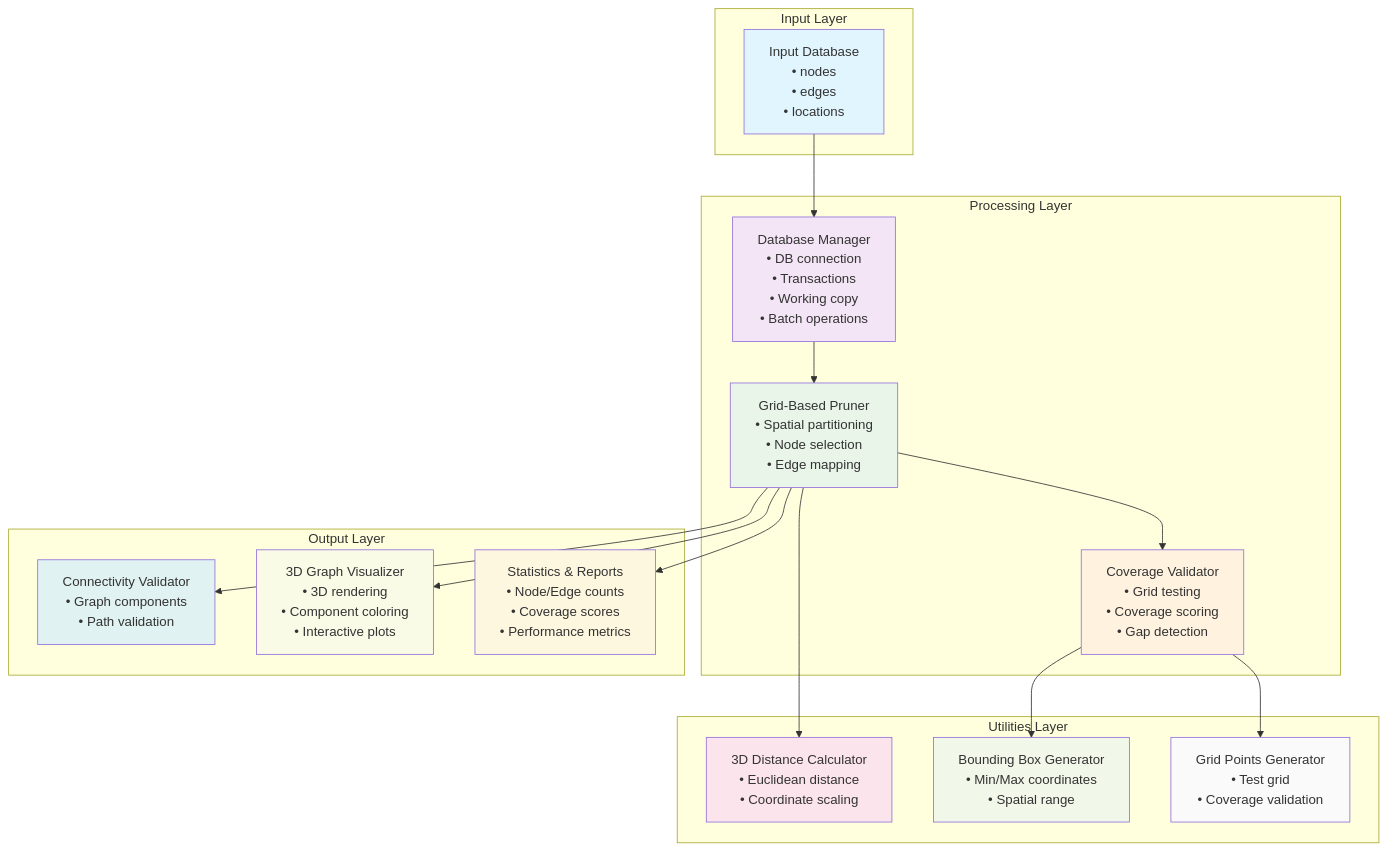
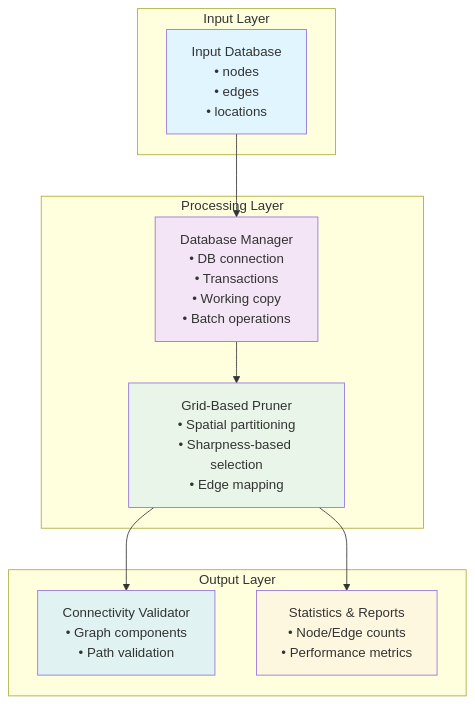
One commit to Skwangles/AT-bus-tracker changed the first of 3 diagrams in Apps/GraphProcessor/README.md. Above: the diagram before and after it, drawn with Mermaid. The commit also changed other lines of this file and 26 other files, not shown here.

Commit message:
feat: update the graph pruner to use sharpness and point other_nodes at the selected node

````diff
--- a/Apps/GraphProcessor/README.md
+++ b/Apps/GraphProcessor/README.md
@@ -18,45 +18,27 @@
 ```mermaid
 graph TB
     subgraph "Input Layer"
         A[Input Database<br/>• nodes<br/>• edges<br/>• locations]
     end
     
     subgraph "Processing Layer"
         B[Database Manager<br/>• DB connection<br/>• Transactions<br/>• Working copy<br/>• Batch operations]
-        C[Grid-Based Pruner<br/>• Spatial partitioning<br/>• Node selection<br/>• Edge mapping]
-        D[Coverage Validator<br/>• Grid testing<br/>• Coverage scoring<br/>• Gap detection]
-    end
-    
-    subgraph "Utilities Layer"
-        E[3D Distance Calculator<br/>• Euclidean distance<br/>• Coordinate scaling]
-        F[Bounding Box Generator<br/>• Min/Max coordinates<br/>• Spatial range]
-        G[Grid Points Generator<br/>• Test grid<br/>• Coverage validation]
+        C[Grid-Based Pruner<br/>• Spatial partitioning<br/>• Sharpness-based selection<br/>• Edge mapping]
     end
     
     subgraph "Output Layer"
-        H[Connectivity Validator<br/>• Graph components<br/>• Path validation]
-        I[3D Graph Visualizer<br/>• 3D rendering<br/>• Component coloring<br/>• Interactive plots]
-        J[Statistics & Reports<br/>• Node/Edge counts<br/>• Coverage scores<br/>• Performance metrics]
+        D[Connectivity Validator<br/>• Graph components<br/>• Path validation]
+        E[Statistics & Reports<br/>• Node/Edge counts<br/>• Performance metrics]
     end
     
     A --> B
     B --> C
     C --> D
     C --> E
-    D --> F
-    D --> G
-    C --> H
-    C --> I
-    C --> J
     
     style A fill:#e1f5fe
     style B fill:#f3e5f5
     style C fill:#e8f5e8
-    style D fill:#fff3e0
-    style E fill:#fce4ec
-    style F fill:#f1f8e9
-    style G fill:#fafafa
-    style H fill:#e0f2f1
-    style I fill:#f9fbe7
-    style J fill:#fef7e0
+    style D fill:#e0f2f1
+    style E fill:#fef7e0
 ```
````
